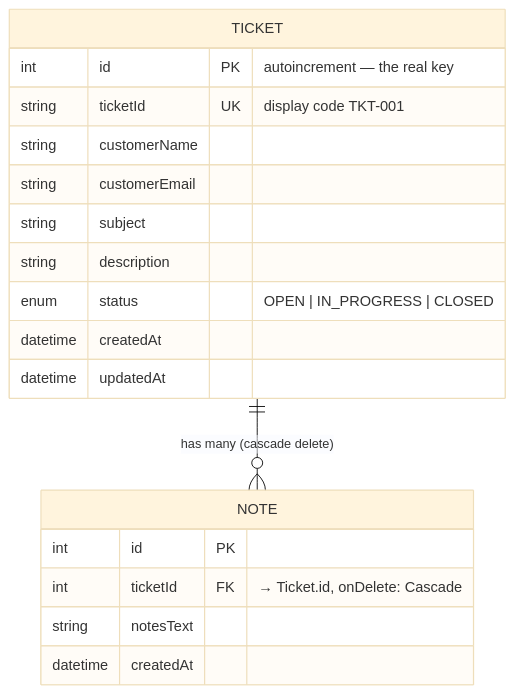
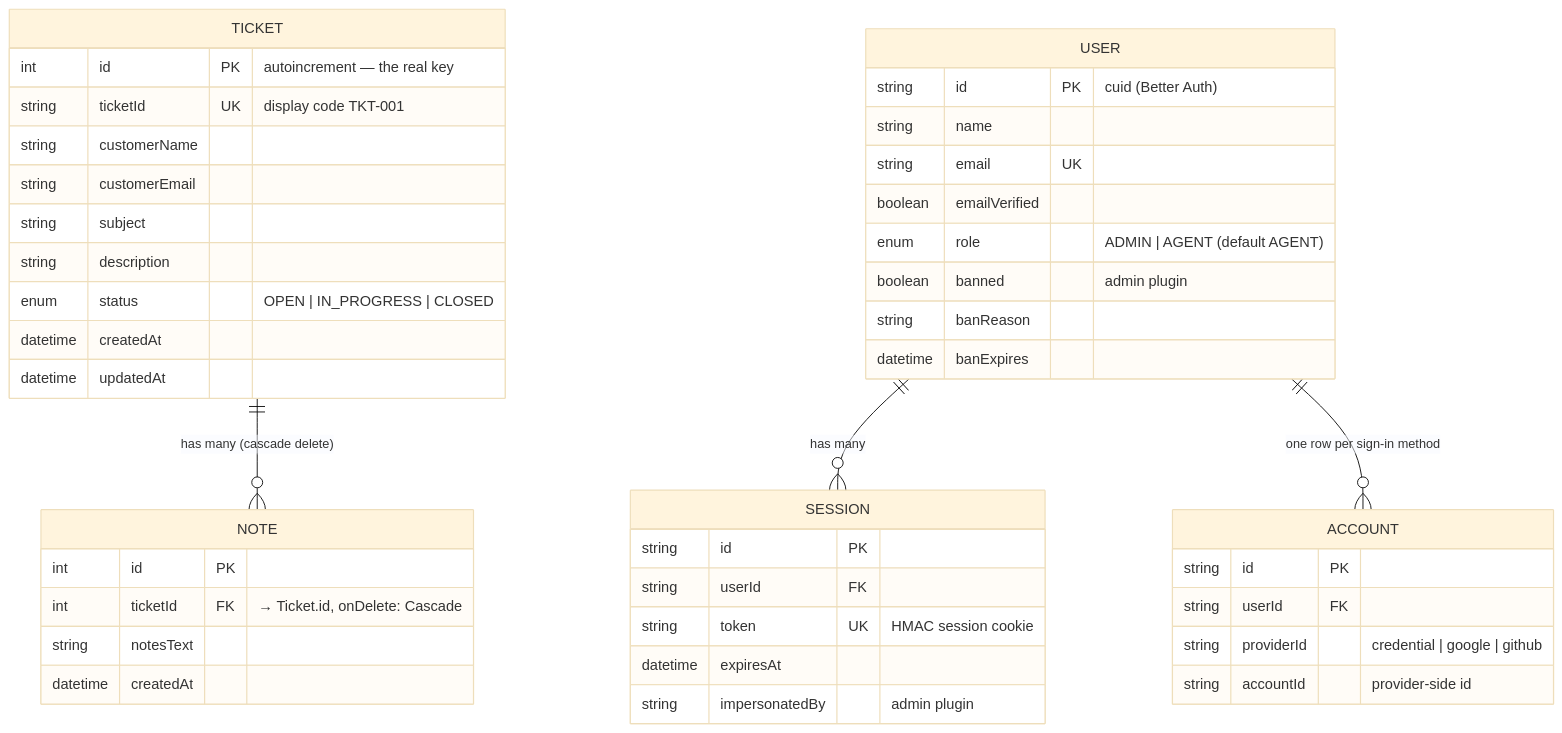
One commit to greyart93/getic changed the fifth of 9 diagrams in ARCHITECTURE.md. Above: the diagram before and after it, drawn with Mermaid (base theme). The commit also changed other lines of this file and 106 other files, not shown here.

Commit message:
Added auth. landing page, organization, and roles, email notification.

````diff
--- a/ARCHITECTURE.md
+++ b/ARCHITECTURE.md
@@ -126,22 +168,47 @@
 ```mermaid
 erDiagram
     TICKET ||--o{ NOTE : "has many (cascade delete)"
 
+    USER ||--o{ SESSION : "has many"
+    USER ||--o{ ACCOUNT : "one row per sign-in method"
+    USER {
+        string id PK "cuid (Better Auth)"
+        string name
+        string email UK
+        boolean emailVerified
+        enum role "ADMIN | AGENT (default AGENT)"
+        boolean banned "admin plugin"
+        string banReason
+        datetime banExpires
+    }
+    SESSION {
+        string id PK
+        string userId FK
+        string token UK "HMAC session cookie"
+        datetime expiresAt
+        string impersonatedBy "admin plugin"
+    }
+    ACCOUNT {
+        string id PK
+        string userId FK
+        string providerId "credential | google | github"
+        string accountId "provider-side id"
+    }
     TICKET {
         int id PK "autoincrement — the real key"
         string ticketId UK "display code TKT-001"
         string customerName
         string customerEmail
         string subject
         string description
         enum status "OPEN | IN_PROGRESS | CLOSED"
         datetime createdAt
         datetime updatedAt
     }
     NOTE {
         int id PK
         int ticketId FK "→ Ticket.id, onDelete: Cascade"
         string notesText
         datetime createdAt
     }
 ```
````
